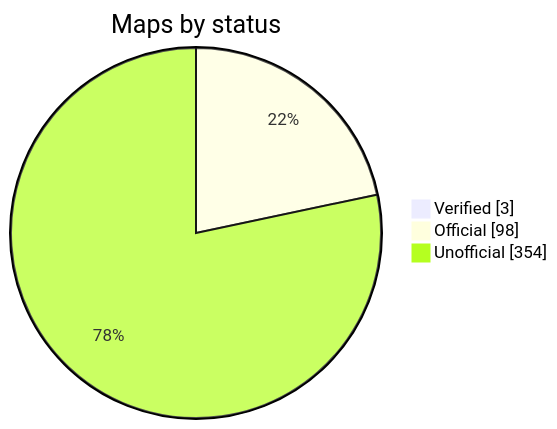
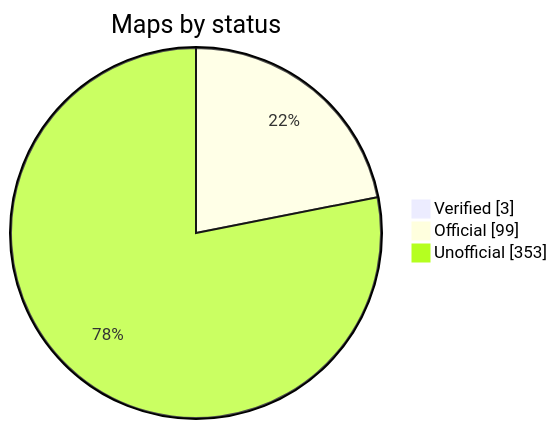
One commit to nobrega8/mbmap-library changed the diagram in README.md. Above: the diagram before and after it, drawn with Mermaid. The commit also changed 2 other files, not shown here.

Commit message:
Rewrite the Allen-Bradley Powermonitor 3000 map from the user manual
From Rockwell's Powermonitor 3000 user manual (1404-UM001F-EN-P),
appendix A: discrete I/O, voltage/current/frequency, sequence, power,
demand, power factor and harmonic floats, energies as their five
signed parts, self-test diagnostics with the bulletin number as model
and reference and the application firmware, basic configuration and
clock with their limits. One-based Modicon addresses. Marked official.

````diff
--- a/README.md
+++ b/README.md
@@ -48,7 +48,7 @@
 ```mermaid
 pie showData
     title Maps by status
     "Verified" : 3
-    "Official" : 98
-    "Unofficial" : 354
+    "Official" : 99
+    "Unofficial" : 353
 ```
````
